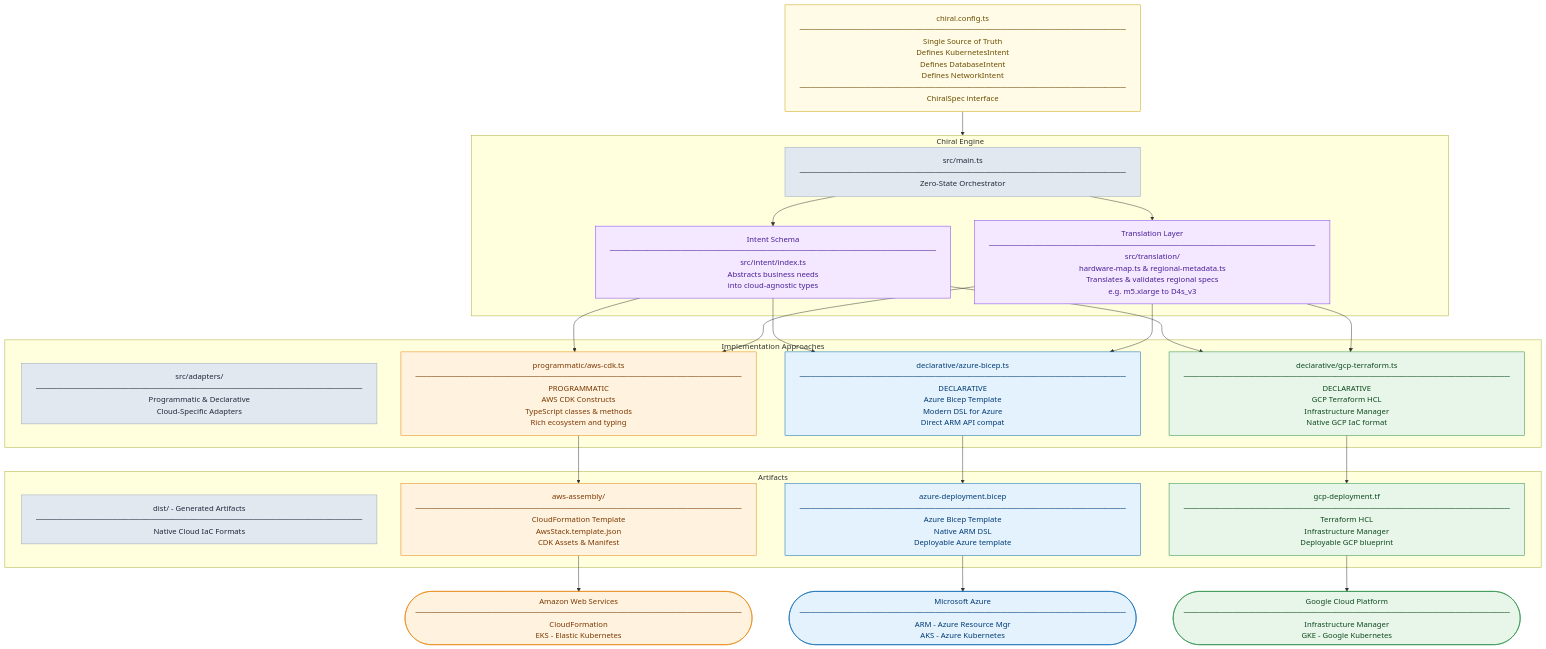
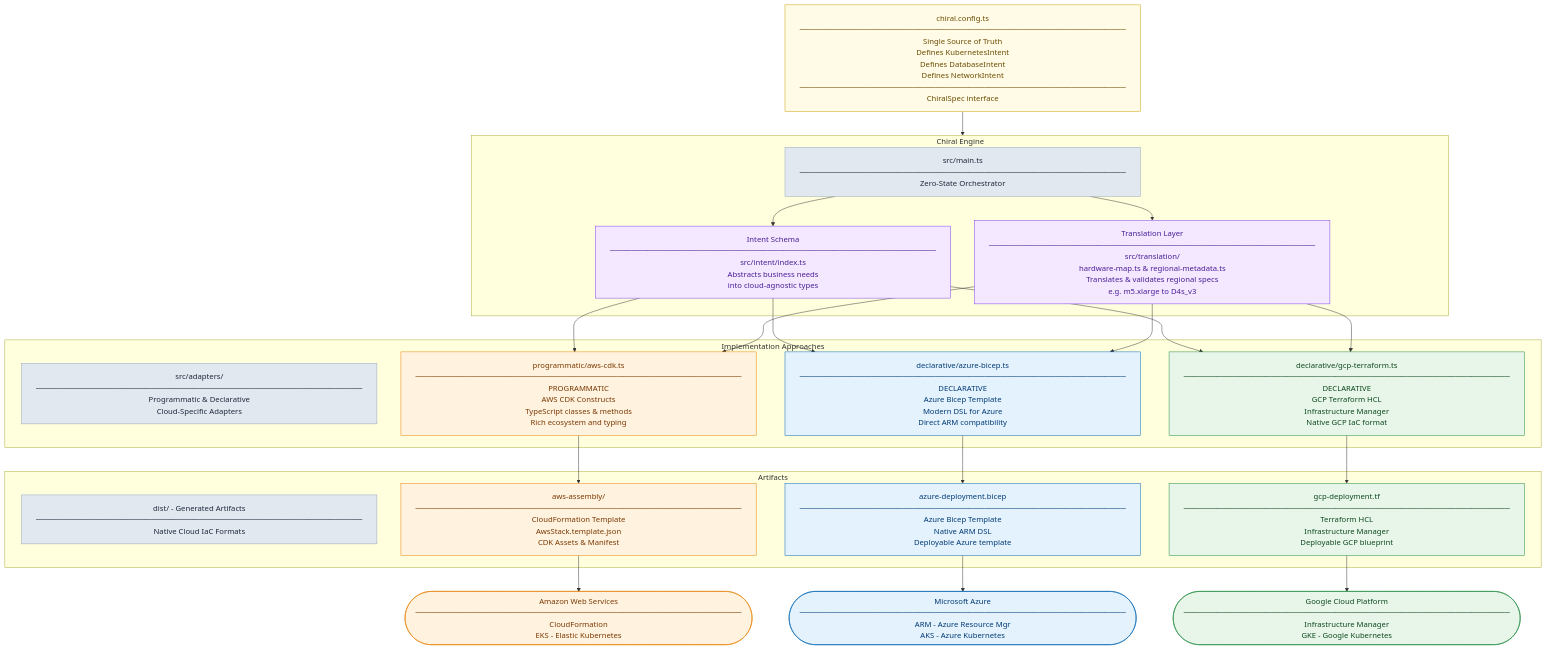
Before and after one commit to lloydchang/chiral-infrastructure-as-code: the diagram in README.md, drawn with Mermaid.

Commit message:
docs: Fix typo in Azure Bicep compatibility description

````diff
--- a/README.md
+++ b/README.md
@@ -311,51 +311,51 @@
 ```mermaid
 flowchart TD
     classDef config   fill:#fffbe6,stroke:#c9a000,color:#6b4c00
     classDef engine   fill:#f3e8ff,stroke:#7c3aed,color:#4a1d96
     classDef awsNode  fill:#fff3e0,stroke:#e67e00,color:#7a3800
     classDef azNode   fill:#e3f2fd,stroke:#0063b1,color:#003a75
     classDef gcpNode  fill:#e8f5e9,stroke:#1e8a3e,color:#0d4a1f
     classDef header   fill:#e2e8f0,stroke:#94a3b8,color:#1e293b
 
     CONFIG[chiral.config.ts<br/>────────────────────────────────────────────────────────────<br/>Single Source of Truth<br/>Defines KubernetesIntent<br/>Defines DatabaseIntent<br/>Defines NetworkIntent<br/>────────────────────────────────────────────────────────────<br/>ChiralSpec interface]:::config
 
     subgraph ENGINE[Chiral Engine]
         EH[src/main.ts<br/>────────────────────────────────────────────────────────────<br/>Zero-State Orchestrator]:::header
         INTENT[Intent Schema<br/>────────────────────────────────────────────────────────────<br/>src/intent/index.ts<br/>Abstracts business needs<br/>into cloud-agnostic types]:::engine
         ROSETTA[Translation Layer<br/>────────────────────────────────────────────────────────────<br/>src/translation/<br/>hardware-map.ts & regional-metadata.ts<br/>Translates & validates regional specs<br/>e.g. m5.xlarge to D4s_v3]:::engine
     end
 
     subgraph ADAPTERS[Implementation Approaches]
         AH[src/adapters/<br/>────────────────────────────────────────────────────────────<br/>Programmatic & Declarative<br/>Cloud-Specific Adapters]:::header
         AWS_A[programmatic/aws-cdk.ts<br/>────────────────────────────────────────────────────────────<br/>PROGRAMMATIC<br/>AWS CDK Constructs<br/>TypeScript classes & methods<br/>Rich ecosystem and typing]:::awsNode
-        AZURE_A[declarative/azure-bicep.ts<br/>────────────────────────────────────────────────────────────<br/>DECLARATIVE<br/>Azure Bicep Template<br/>Modern DSL for Azure<br/>Direct ARM API compat]:::azNode
+        AZURE_A[declarative/azure-bicep.ts<br/>────────────────────────────────────────────────────────────<br/>DECLARATIVE<br/>Azure Bicep Template<br/>Modern DSL for Azure<br/>Direct ARM compatibility]:::azNode
         GCP_A[declarative/gcp-terraform.ts<br/>────────────────────────────────────────────────────────────<br/>DECLARATIVE<br/>GCP Terraform HCL<br/>Infrastructure Manager<br/>Native GCP IaC format]:::gcpNode
     end
 
     subgraph DIST[Artifacts]
         DH[dist/ - Generated Artifacts<br/>────────────────────────────────────────────────────────────<br/>Native Cloud IaC Formats]:::header
         AWS_D[aws-assembly/<br/>────────────────────────────────────────────────────────────<br/>CloudFormation Template<br/>AwsStack.template.json<br/>CDK Assets & Manifest]:::awsNode
         AZURE_D[azure-deployment.bicep<br/>────────────────────────────────────────────────────────────<br/>Azure Bicep Template<br/>Native ARM DSL<br/>Deployable Azure template]:::azNode
         GCP_D[gcp-deployment.tf<br/>────────────────────────────────────────────────────────────<br/>Terraform HCL<br/>Infrastructure Manager<br/>Deployable GCP blueprint]:::gcpNode
     end
 
     AWS_C([Amazon Web Services<br/>────────────────────────────────────────────────────────────<br/>CloudFormation<br/>EKS - Elastic Kubernetes]):::awsNode
     AZURE_C([Microsoft Azure<br/>────────────────────────────────────────────────────────────<br/>ARM - Azure Resource Mgr<br/>AKS - Azure Kubernetes]):::azNode
     GCP_C([Google Cloud Platform<br/>────────────────────────────────────────────────────────────<br/>Infrastructure Manager<br/>GKE - Google Kubernetes]):::gcpNode
 
     CONFIG --> ENGINE
     EH --> INTENT
     EH --> ROSETTA
     INTENT --> AWS_A
     INTENT --> AZURE_A
     INTENT --> GCP_A
     ROSETTA --> AWS_A
     ROSETTA --> AZURE_A
     ROSETTA --> GCP_A
     AWS_A --> AWS_D
     AZURE_A --> AZURE_D
     GCP_A --> GCP_D
     AWS_D --> AWS_C
     AZURE_D --> AZURE_C
     GCP_D --> GCP_C
 ```
````
